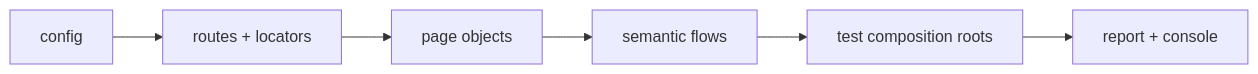
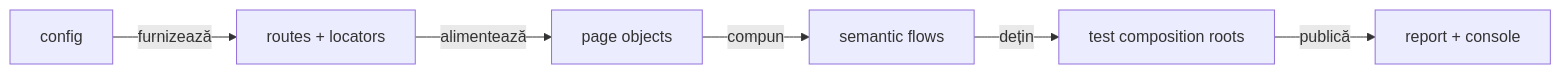
The second of 8 diagrams in atf-test-practice-shop/README.md (crististefanita/demo2), drawn with Mermaid before and after one commit. The commit also changed other lines of this file and 102 other files, not shown here.

````diff
--- a/atf-test-practice-shop/README.md
+++ b/atf-test-practice-shop/README.md
@@ -41,8 +41,8 @@
 ```mermaid
 flowchart LR
-    Config["config"] --> Routes["routes + locators"]
-    Routes --> Pages["page objects"]
-    Pages --> Flows["semantic flows"]
-    Flows --> Roots["test composition roots"]
-    Roots --> Evidence["report + console"]
+    Config["config"] -->|furnizează| Routes["routes + locators"]
+    Routes -->|alimentează| Pages["page objects"]
+    Pages -->|compun| Flows["semantic flows"]
+    Flows -->|dețin| Roots["test composition roots"]
+    Roots -->|publică| Evidence["report + console"]
 ```
````
